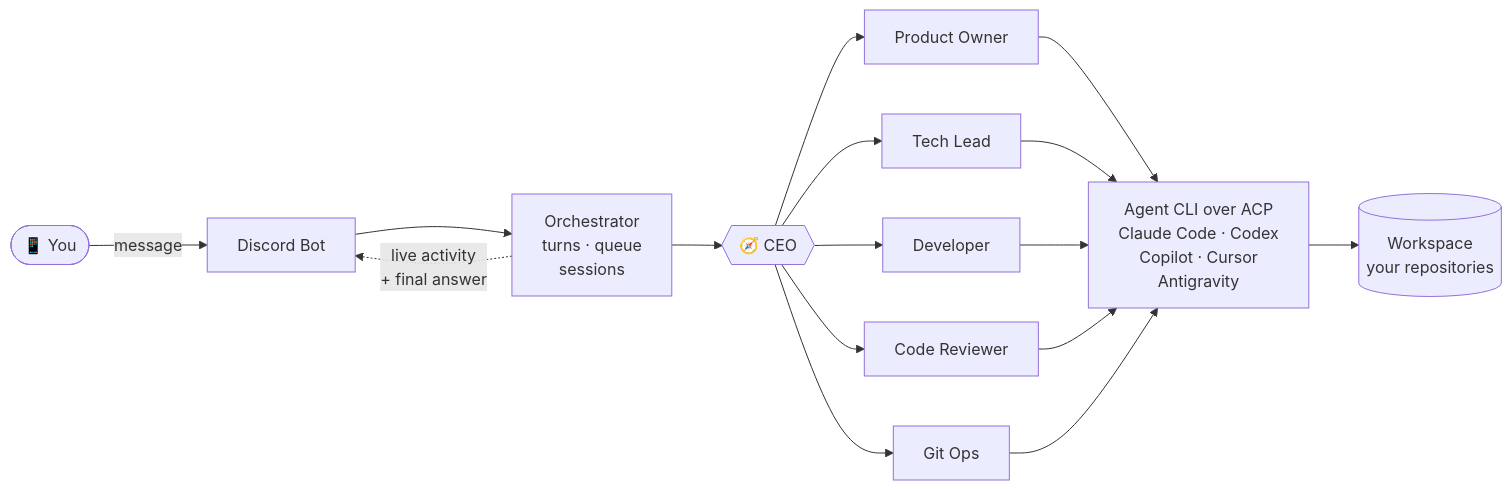
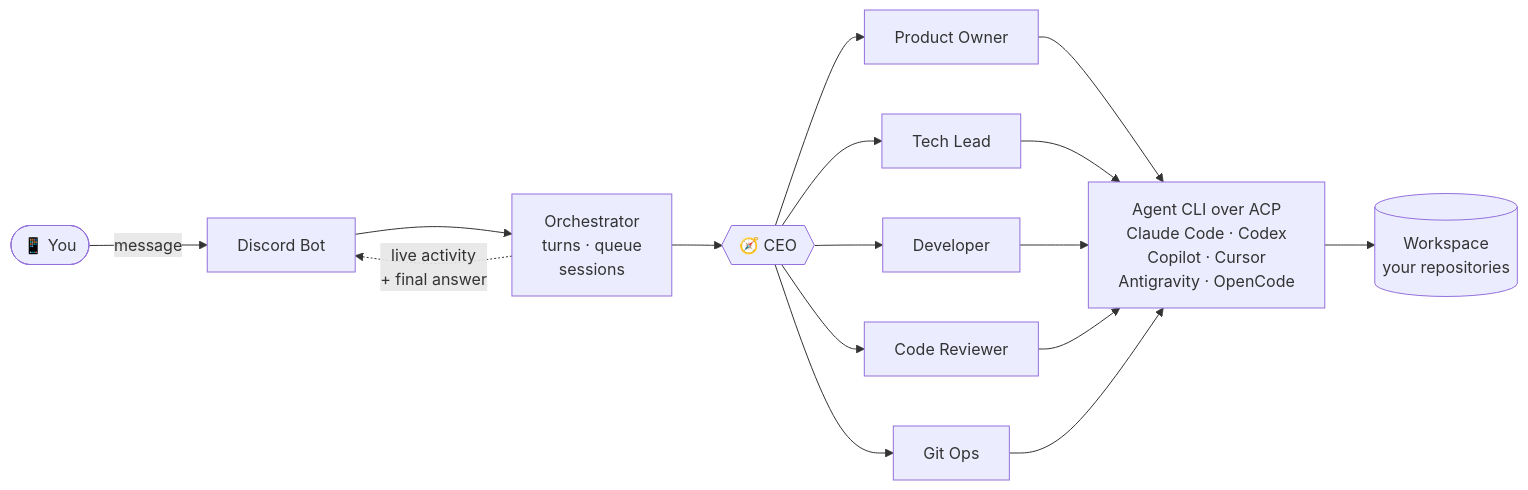
The first of 2 diagrams in README.md (douglasjunior/agent-remote-control), drawn with Mermaid before and after one commit. The commit also changed other lines of this file and 85 other files, not shown here.

First line of the commit message:
feat(auth): implement agent authentication flow (#20)

````diff
--- a/README.md
+++ b/README.md
@@ -141,14 +142,14 @@
 ```mermaid
 flowchart LR
     U(["📱 You"]) -->|message| D["Discord Bot"]
     D --> O["Orchestrator<br/>turns · queue<br/>sessions"]
     O --> CEO{{"🧭 CEO"}}
     CEO --> PO["Product Owner"]
     CEO --> TL["Tech Lead"]
     CEO --> DEV["Developer"]
     CEO --> CR["Code Reviewer"]
     CEO --> GIT["Git Ops"]
-    PO & TL & DEV & CR & GIT --> CLI["Agent CLI over ACP<br/>Claude Code · Codex<br/>Copilot · Cursor<br/>Antigravity"]
+    PO & TL & DEV & CR & GIT --> CLI["Agent CLI over ACP<br/>Claude Code · Codex<br/>Copilot · Cursor<br/>Antigravity · OpenCode"]
     CLI --> WS[("Workspace<br/>your repositories")]
     O -.->|live activity<br/>+ final answer| D
 ```
````
